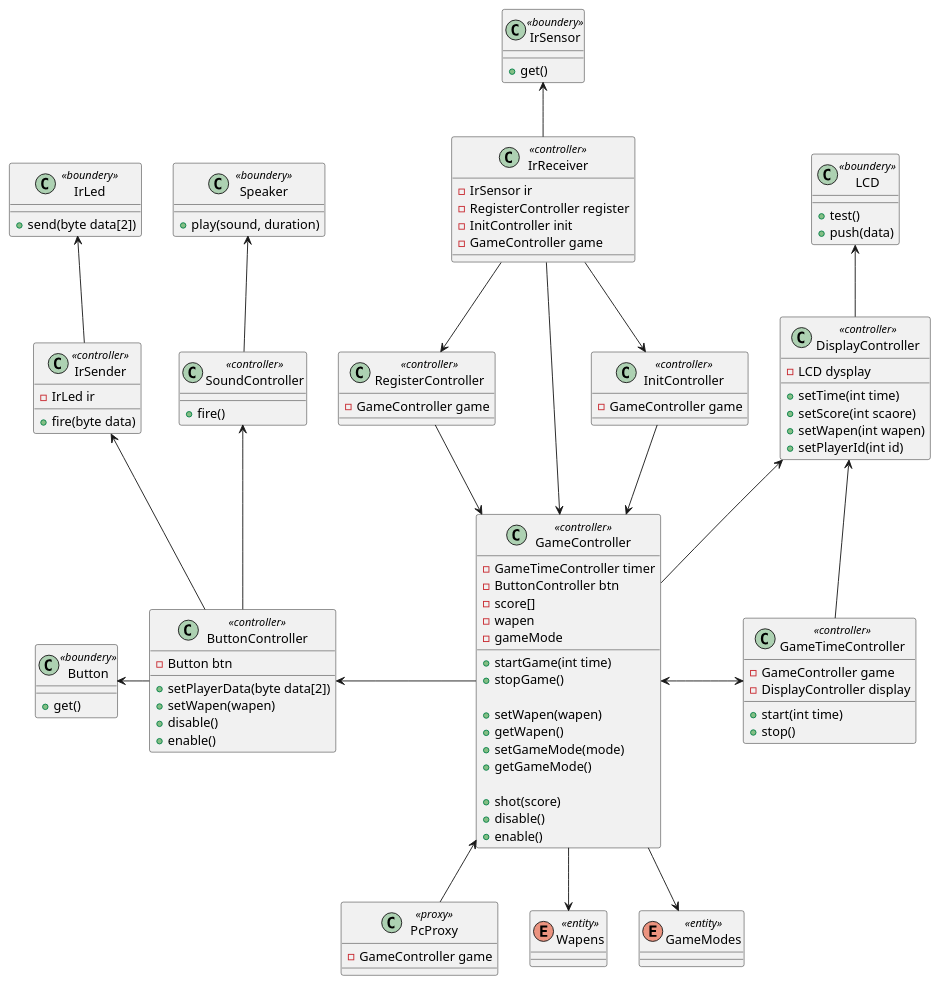
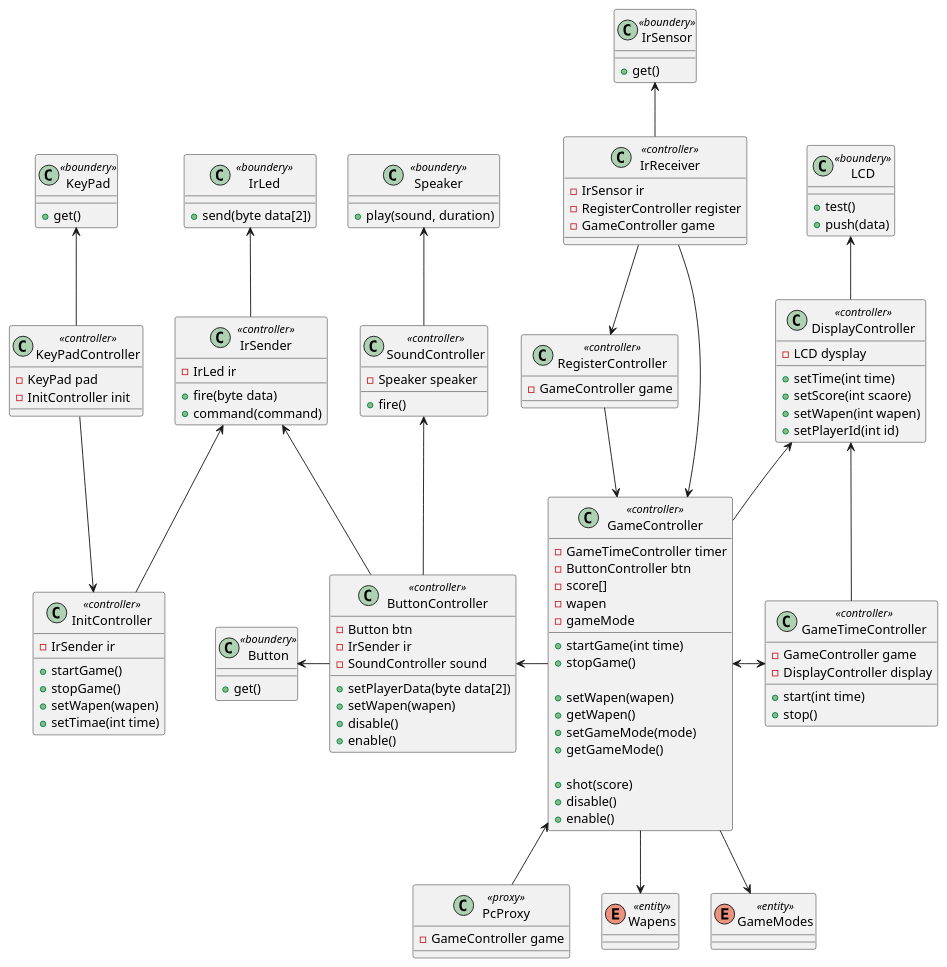
One commit to DavidDriessen/Skilled-Eagle_Lazer-Game changed the diagram in Docs/architecture/class.puml. Above: the diagram before and after it, drawn with PlantUML. The commit also changed 1 other file, not shown here.

Commit message:
class diagram update

```diff
--- a/Docs/architecture/class.puml
+++ b/Docs/architecture/class.puml
@@ -1,112 +1,128 @@
 @startuml
 
 class LCD <<boundery>> {
 +test()
 +push(data)
 }
 class IrSensor <<boundery>> {
 +get()
 }
 class IrLed <<boundery>> {
 +send(byte data[2])
 }
 class Button <<boundery>> {
 +get()
 }
 class Speaker <<boundery>> {
 +play(sound, duration)
 }
+class KeyPad <<boundery>> {
++get()
+}
 
 class DisplayController <<controller>> {
 -LCD dysplay
 +setTime(int time)
 +setScore(int scaore)
 +setWapen(int wapen)
 +setPlayerId(int id)
 }
 class IrReceiver <<controller>> {
 -IrSensor ir
 -RegisterController register
--InitController init
 -GameController game
 }
 class IrSender <<controller>> {
 -IrLed ir
 +fire(byte data)
++command(command)
 }
 class ButtonController <<controller>> {
 -Button btn
+-IrSender ir
+-SoundController sound
 +setPlayerData(byte data[2])
 +setWapen(wapen)
 +disable()
 +enable()
 }
 class SoundController <<controller>> {
+-Speaker speaker
 +fire()
+}
+class KeyPadController <<controller>> {
+-KeyPad pad
+-InitController init
 }
 
 class PcProxy <<proxy>> {
 -GameController game
 }
 
 class GameController <<controller>> {
 -GameTimeController timer
 -ButtonController btn
 -score[]
 -wapen
 -gameMode
 
 +startGame(int time)
 +stopGame()
 
 +setWapen(wapen)
 +getWapen()
 +setGameMode(mode)
 +getGameMode()
 
 +shot(score)
 +disable()
 +enable()
 }
 class GameTimeController <<controller>> {
 -GameController game
 -DisplayController display
 +start(int time)
 +stop()
 }
 class InitController <<controller>> {
--GameController game
+-IrSender ir
++startGame()
++stopGame()
++setWapen(wapen)
++setTimae(int time)
 }
 class RegisterController <<controller>> {
 -GameController game
 }
 
 enum Wapens <<entity>>
 enum GameModes <<entity>>
 
 LCD <-- DisplayController
 IrSensor <-- IrReceiver
 IrLed <-- IrSender
 Button <- ButtonController
 Speaker <-- SoundController
+KeyPad <-- KeyPadController
 
 IrReceiver --> GameController
-IrReceiver --> InitController
 IrReceiver --> RegisterController
-
-InitController --> GameController
 RegisterController --> GameController
 
 GameController <-> GameTimeController
 DisplayController <-- GameTimeController
 DisplayController <-- GameController
+'InitController --> GameController
+
+IrSender <-- ButtonController
+IrSender <-- InitController
+KeyPadController --> InitController
 
 ButtonController <- GameController
-IrSender <-- ButtonController
 SoundController <-- ButtonController
 
-GameController -->  Wapens
+GameController --> Wapens
 GameController --> GameModes
 GameController <-- PcProxy
 
 @enduml
```
